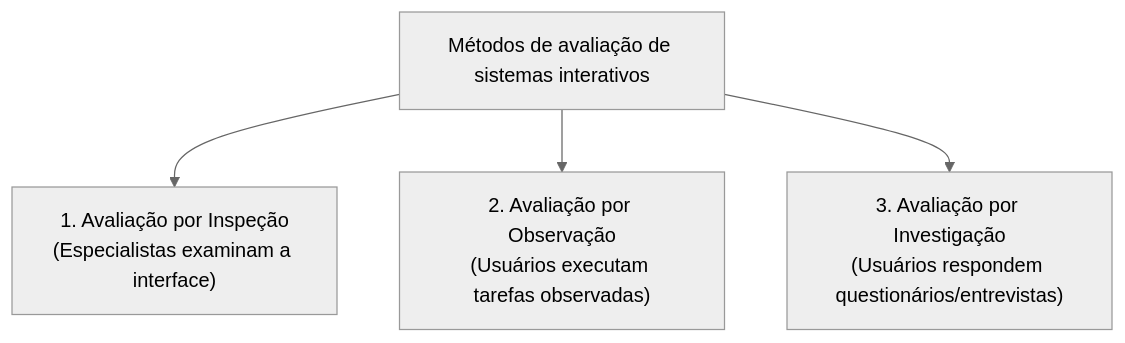
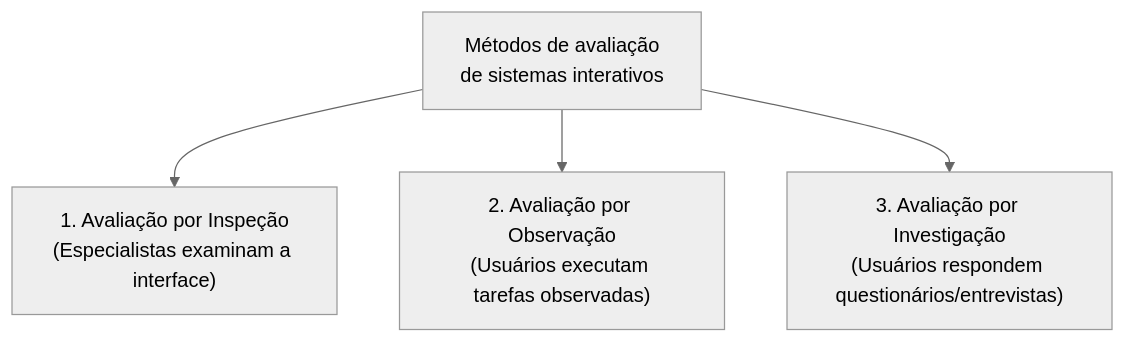
One commit to leorruas/puc changed the third of 4 diagrams in 08. Design de Interacao/19. Avaliação de sistemas interativos - por que, quando e quem participa.md. Above: the diagram before and after it, drawn with Mermaid (neutral theme). The commit also changed other lines of this file and 16 other files, not shown here.

Commit message:
style(mermaid): comprehensive audit and optimization of 45 Mermaid blocks across all 22 topic notes

````diff
--- a/08. Design de Interacao/19. Avaliação de sistemas interativos - por que, quando e quem participa.md
+++ b/08. Design de Interacao/19. Avaliação de sistemas interativos - por que, quando e quem participa.md
@@ -102,6 +102,6 @@
 ```mermaid
 graph TD
-    Familias["Métodos de avaliação de sistemas interativos"] --> Inspecao["1. Avaliação por Inspeção<br>(Especialistas examinam a interface)"]
+    Familias["Métodos de avaliação<br>de sistemas interativos"] --> Inspecao["1. Avaliação por Inspeção<br>(Especialistas examinam a interface)"]
     Familias --> Observacao["2. Avaliação por Observação<br>(Usuários executam tarefas observadas)"]
     Familias --> Investigacao["3. Avaliação por Investigação<br>(Usuários respondem questionários/entrevistas)"]
 ```
````
